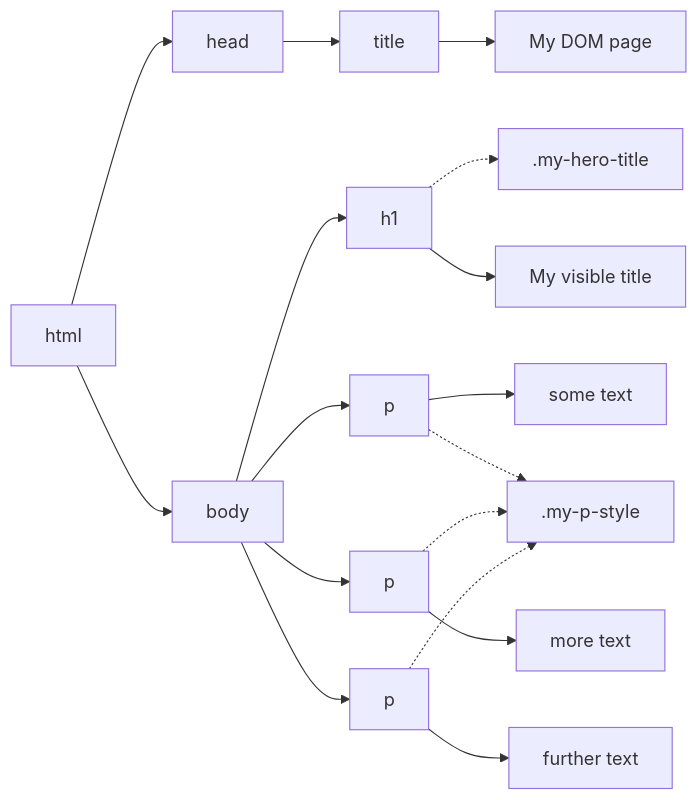
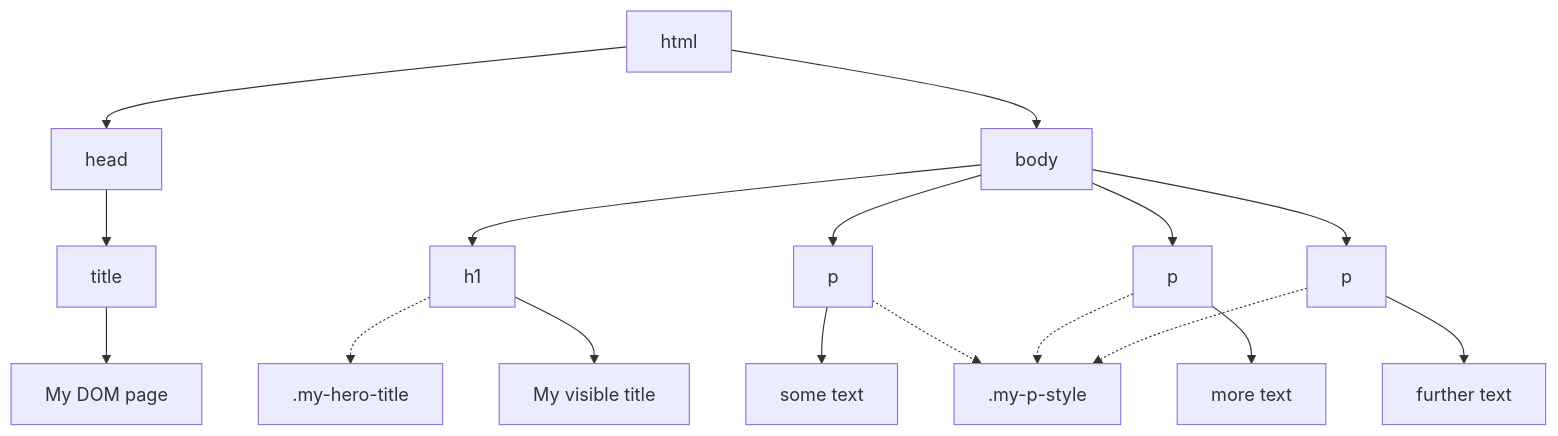
The seventh of 7 diagrams in 40-the-DOM/structure.qmd (ale66/learn-web), drawn with Mermaid before and after one commit. The commit also changed other lines of this file and 165 other files, not shown here.

````diff
--- a/40-the-DOM/structure.qmd
+++ b/40-the-DOM/structure.qmd
@@ -270,16 +283,16 @@
 ```{mermaid}
 %%| echo: false
-flowchart LR
+flowchart TD
   A[html] --> B[head] & C[body]
   B --> D[title]
   C --> E[h1] & F[p] & G[p] & H[p]
   E-.-> I[.my-hero-title]
   D --> L[My DOM page]
   E --> M[My visible title]
   F --> N[some text]
   F-.-> Q[.my-p-style]
   G --> O[more text]
   G-.-> Q
   H --> P[further text]
   H-.-> Q
 ```
````
